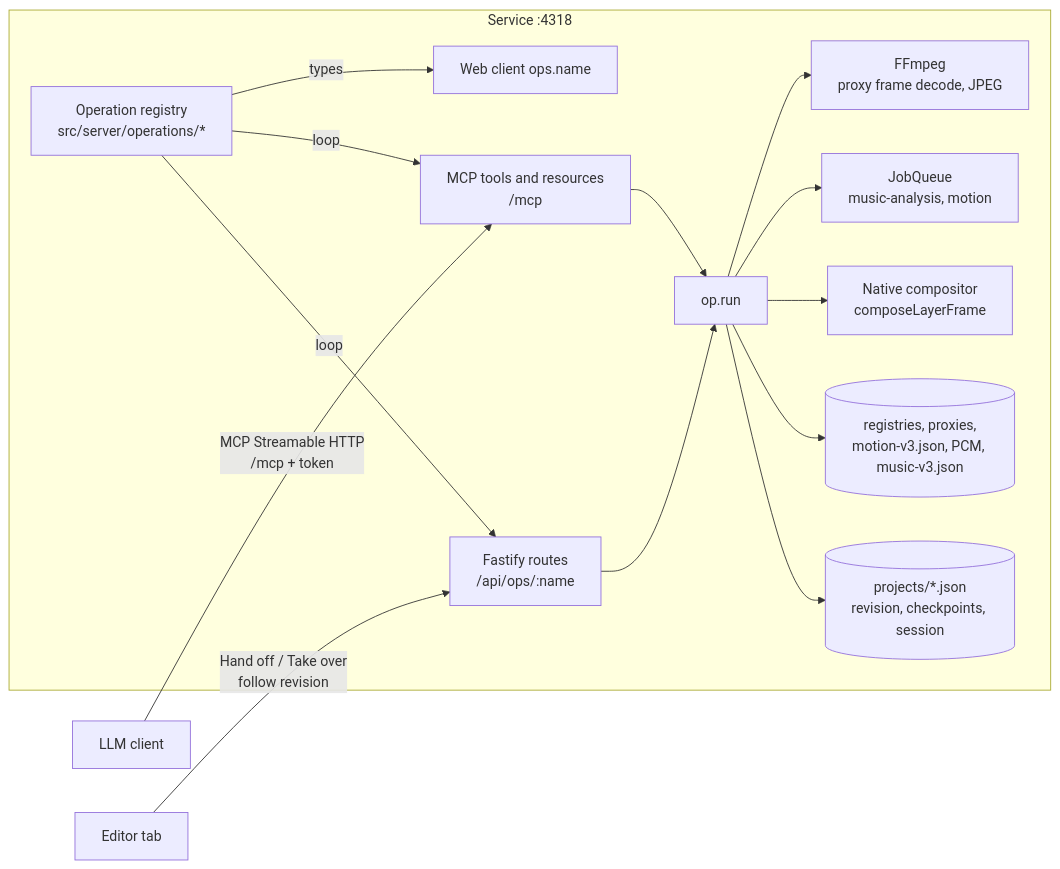
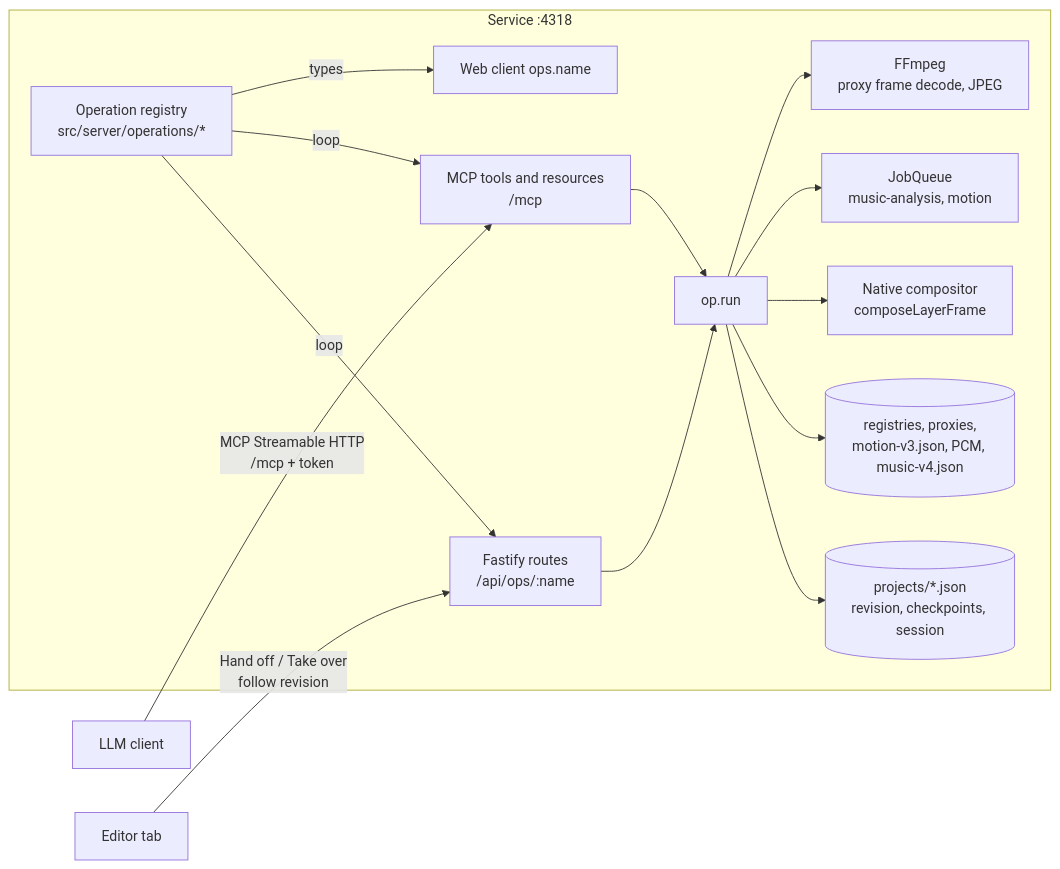
One commit to Plonk42/PasCap changed the diagram in docs/design/ASSISTANT_MCP.md. Above: the diagram before and after it, drawn with Mermaid. The commit also changed other lines of this file and 24 other files, not shown here.

````diff
--- a/docs/design/ASSISTANT_MCP.md
+++ b/docs/design/ASSISTANT_MCP.md
@@ -79,18 +79,18 @@
 ```mermaid
 flowchart LR
   L[LLM client] -- MCP Streamable HTTP\n/mcp + token --> X
   subgraph Service :4318
     O[Operation registry\nsrc/server/operations/*]
     O -- loop --> H[Fastify routes\n/api/ops/:name]
     O -- loop --> X[MCP tools and resources\n/mcp]
     O -- types --> W[Web client ops.name]
     H --> K
     X --> K[op.run]
     K --> P[(projects/*.json\nrevision, checkpoints, session)]
-    K --> R[(registries, proxies,\nmotion-v3.json, PCM, music-v3.json)]
+    K --> R[(registries, proxies,\nmotion-v3.json, PCM, music-v4.json)]
     K --> C[Native compositor\ncomposeLayerFrame]
     K --> J[JobQueue\nmusic-analysis, motion]
     K --> F[FFmpeg\nproxy frame decode, JPEG]
   end
   E[Editor tab] -- Hand off / Take over\nfollow revision --> H
 ```
````
